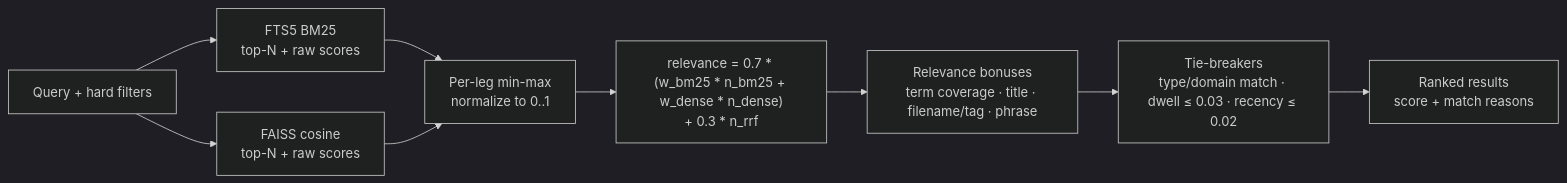
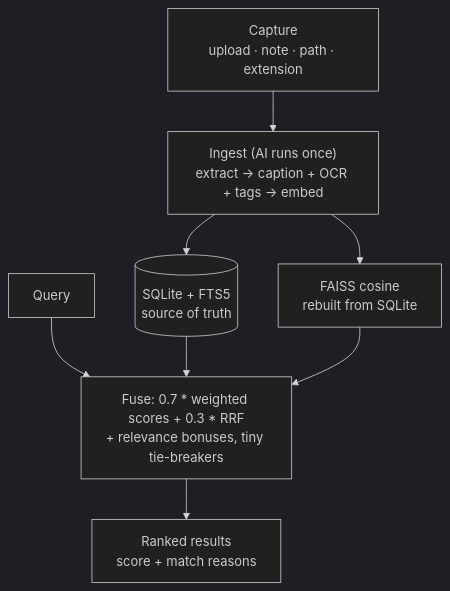
Before and after one commit to SpreadSheets600/Recall: the diagram in README.md, drawn with Mermaid (dark theme). The commit also changed other lines of this file, not shown here.

Commit message:
docs: condense architecture to one compact diagram

````diff
--- a/README.md
+++ b/README.md
@@ -99,11 +48,10 @@
 ```mermaid
-flowchart LR
-    Q["Query + hard filters"] --> BM25["FTS5 BM25\ntop-N + raw scores"]
-    Q --> DENSE["FAISS cosine\ntop-N + raw scores"]
-    BM25 --> N["Per-leg min-max\nnormalize to 0..1"]
-    DENSE --> N
-    N --> F["relevance = 0.7 * (w_bm25 * n_bm25 + w_dense * n_dense)\n+ 0.3 * n_rrf"]
-    F --> B["Relevance bonuses\nterm coverage · title · filename/tag · phrase"]
-    B --> T["Tie-breakers\ntype/domain match · dwell ≤ 0.03 · recency ≤ 0.02"]
-    T --> R["Ranked results\nscore + match reasons"]
+flowchart TB
+    C["Capture\nupload · note · path · extension"] --> I["Ingest (AI runs once)\nextract → caption + OCR + tags → embed"]
+    I --> DB[("SQLite + FTS5\nsource of truth")]
+    I --> VX["FAISS cosine\nrebuilt from SQLite"]
+    Q["Query"] --> F["Fuse: 0.7 * weighted scores + 0.3 * RRF\n+ relevance bonuses, tiny tie-breakers"]
+    DB --> F
+    VX --> F
+    F --> R["Ranked results\nscore + match reasons"]
 ```
````
